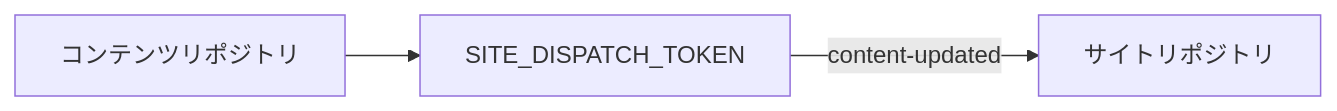
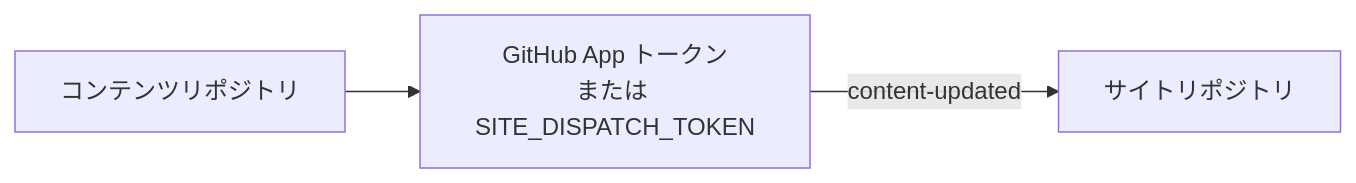
The fourth of 4 diagrams in docs/docs/guides/deployment/github-actions/triggers.ja.md (Rerurate514/riebeckite), drawn with Mermaid before and after one commit. The commit also changed other lines of this file and 62 other files, not shown here.

````diff
--- a/docs/docs/guides/deployment/github-actions/triggers.ja.md
+++ b/docs/docs/guides/deployment/github-actions/triggers.ja.md
@@ -119,9 +136,9 @@
-```mermaid id="m04tnw"
+```mermaid
 flowchart LR
     Content["コンテンツリポジトリ"]
-    Token["SITE_DISPATCH_TOKEN"]
+    Token["GitHub App トークン<br/>または SITE_DISPATCH_TOKEN"]
     Site["サイトリポジトリ"]
 
     Content --> Token
     Token -->|"content-updated"| Site
 ```
````
